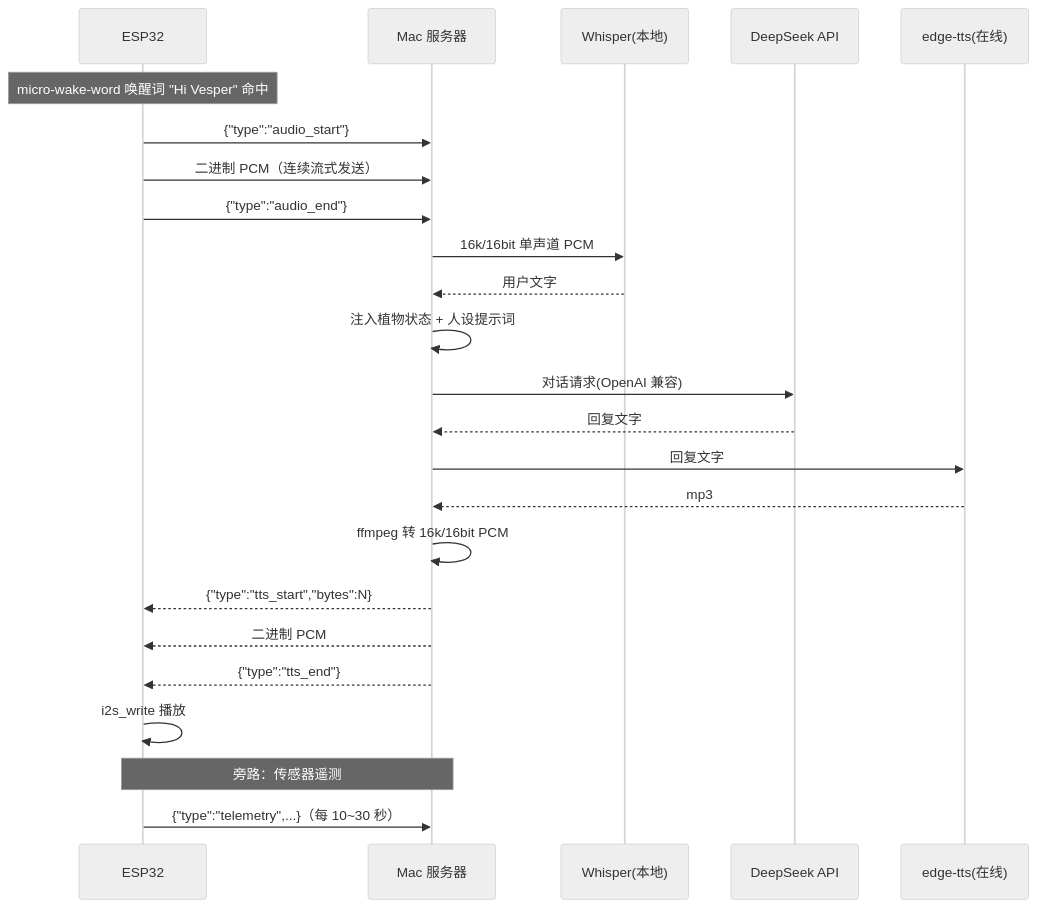
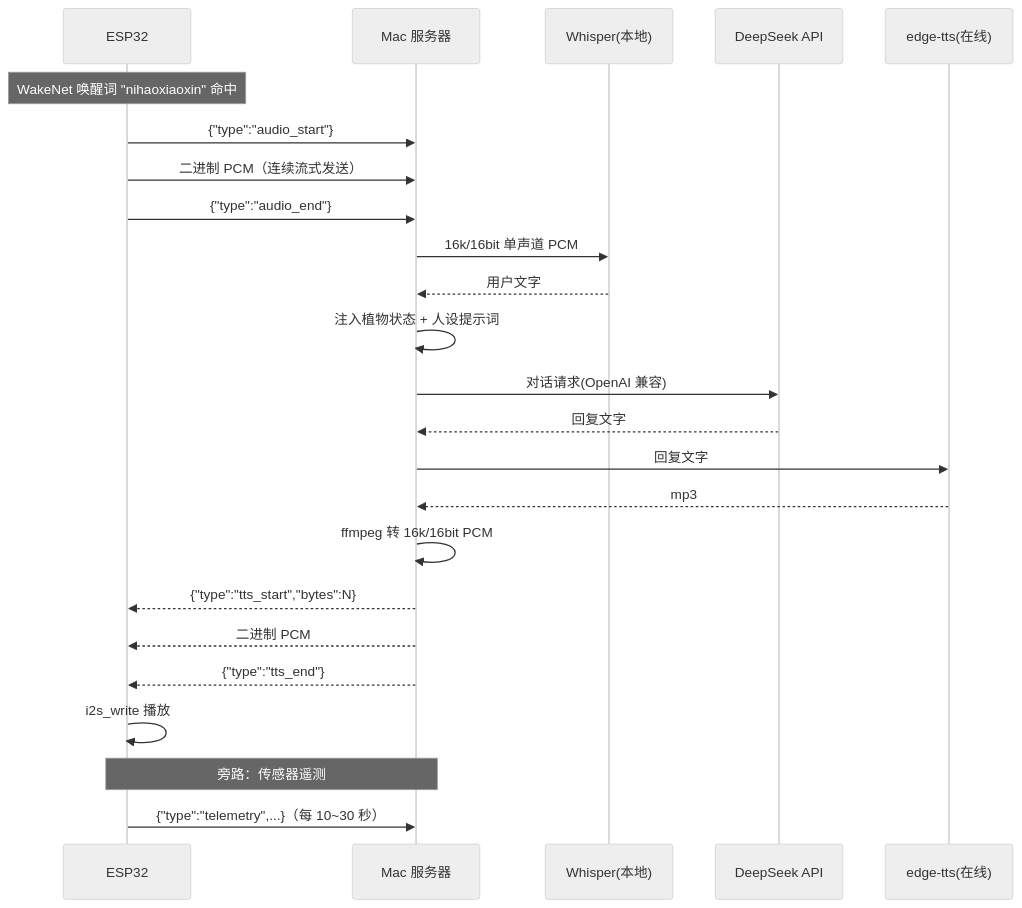
Before and after one commit to Hongzhen-Liang/Viora: the diagram in README.md, drawn with Mermaid (neutral theme). The commit also changed other lines of this file and 14 other files, not shown here.

First line of the commit message:
Refactor wake word detection to utilize ESP-SR AFE WakeNet model

````diff
--- a/README.md
+++ b/README.md
@@ -23,28 +23,28 @@
 ```mermaid
 sequenceDiagram
     participant E as ESP32
     participant S as Mac 服务器
     participant W as Whisper(本地)
     participant D as DeepSeek API
     participant T as edge-tts(在线)
 
-    Note over E: micro-wake-word 唤醒词 "Hi Vesper" 命中
+    Note over E: WakeNet 唤醒词 "nihaoxiaoxin" 命中
     E->>S: {"type":"audio_start"}
     E->>S: 二进制 PCM（连续流式发送）
     E->>S: {"type":"audio_end"}
     S->>W: 16k/16bit 单声道 PCM
     W-->>S: 用户文字
     S->>S: 注入植物状态 + 人设提示词
     S->>D: 对话请求(OpenAI 兼容)
     D-->>S: 回复文字
     S->>T: 回复文字
     T-->>S: mp3
     S->>S: ffmpeg 转 16k/16bit PCM
     S-->>E: {"type":"tts_start","bytes":N}
     S-->>E: 二进制 PCM
     S-->>E: {"type":"tts_end"}
     E->>E: i2s_write 播放
 
     Note over E,S: 旁路：传感器遥测
     E->>S: {"type":"telemetry",...}（每 10~30 秒）
 ```
````
